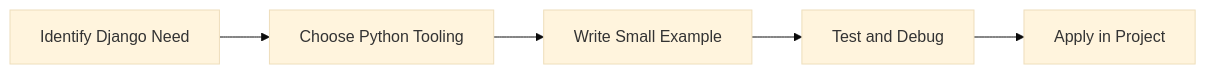
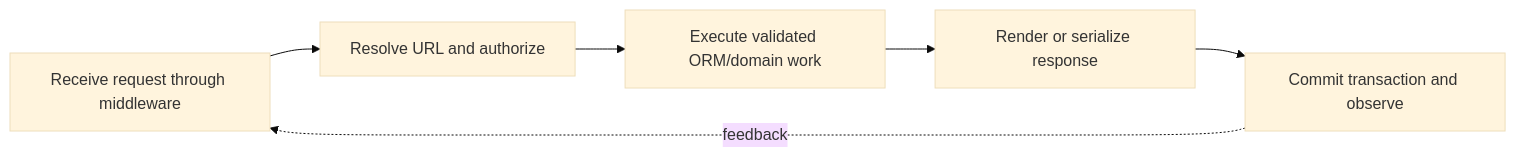
Before and after one commit to SYMOIZ/E-Learning-Portal: the diagram in Python-Mastery/Advanced/28-django.md, drawn with Mermaid (base theme). The commit also changed other lines of this file and 116 other files, not shown here.

````diff
--- a/Python-Mastery/Advanced/28-django.md
+++ b/Python-Mastery/Advanced/28-django.md
@@ -154,7 +156,8 @@
 ```mermaid
 flowchart LR
-    A[Identify Django Need] --> B[Choose Python Tooling]
-    B --> C[Write Small Example]
-    C --> D[Test and Debug]
-    D --> E[Apply in Project]
+    A[Receive request through middleware] --> B[Resolve URL and authorize]
+    B --> C[Execute validated ORM/domain work]
+    C --> D[Render or serialize response]
+    D --> E[Commit transaction and observe]
+    E -. feedback .-> A
 ```
````
